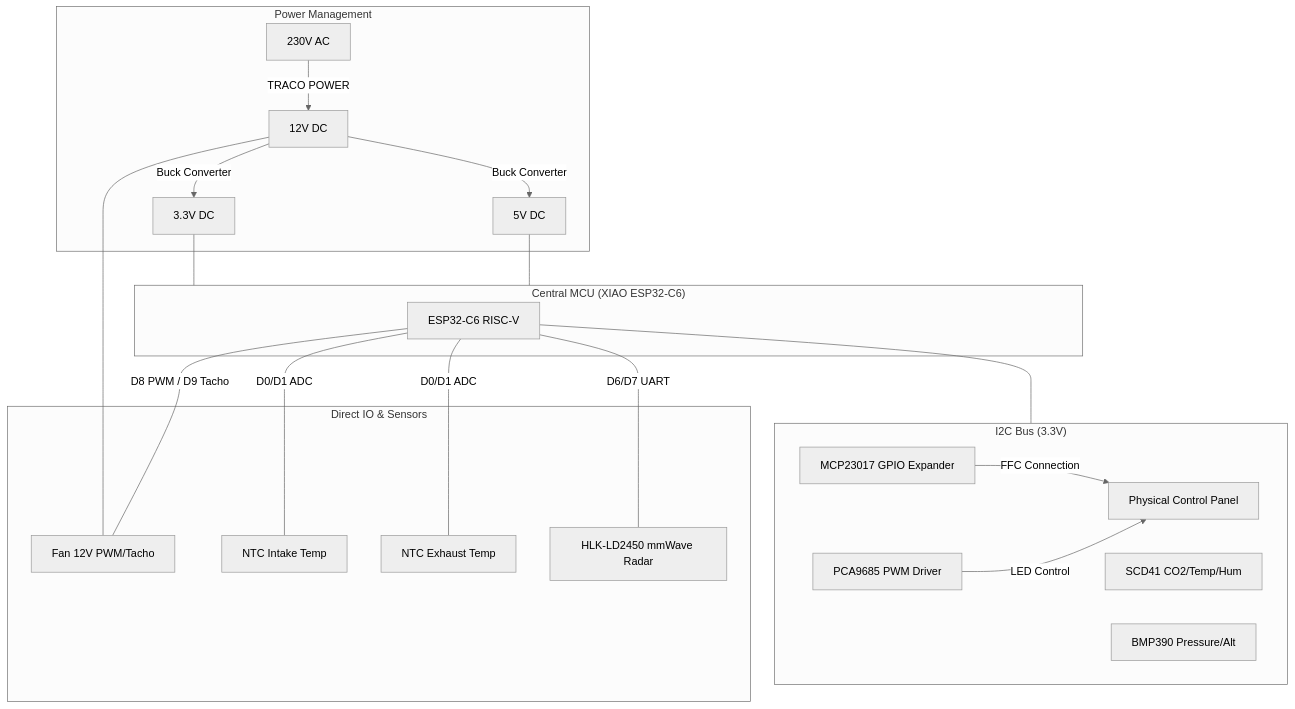
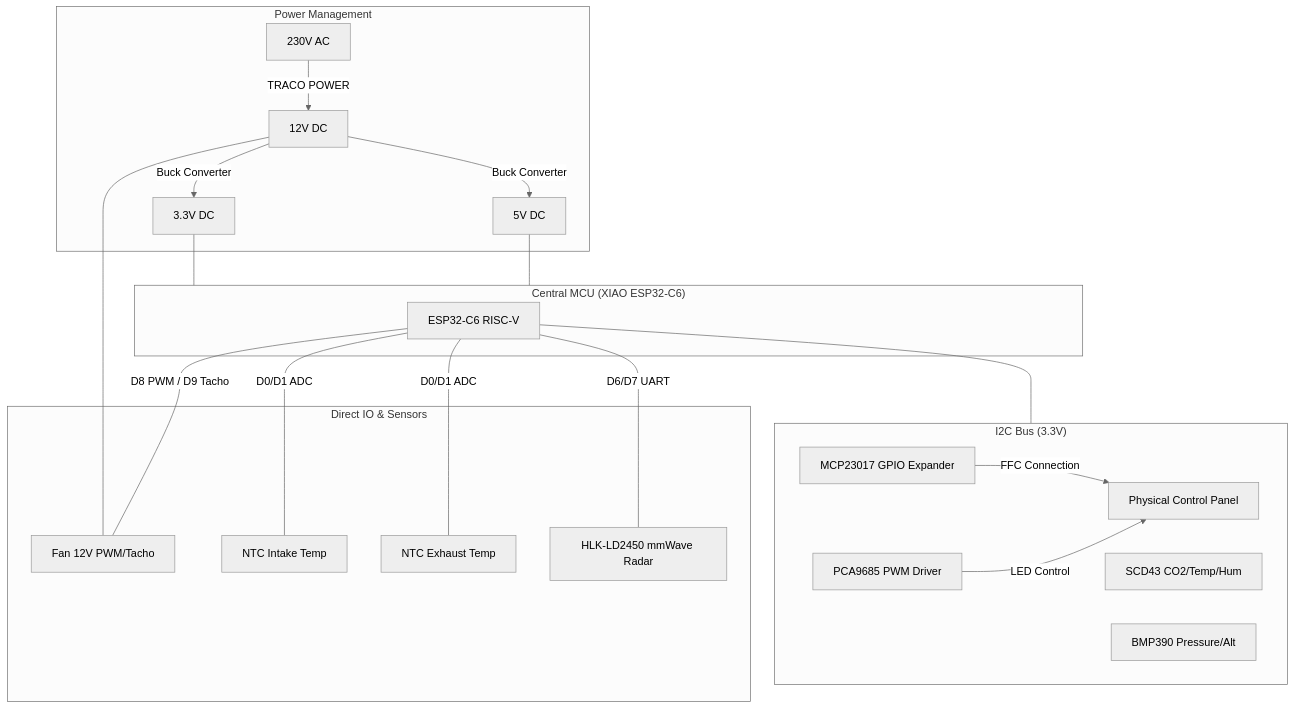
Before and after one commit to thomasengeroff-dotcom/ESPHome-Wohnraumlueftung: the first of 2 diagrams in documentation/en/en_system-architecture.md, drawn with Mermaid (neutral theme). The commit also changed other lines of this file and 29 other files, not shown here.

````diff
--- a/documentation/en/en_system-architecture.md
+++ b/documentation/en/en_system-architecture.md
@@ -12,36 +12,36 @@
 ```mermaid
 graph TB
     subgraph MCU ["Central MCU (XIAO ESP32-C6)"]
         ESP32[ESP32-C6 RISC-V]
     end
 
     subgraph I2C_Bus ["I2C Bus (3.3V)"]
         MCP[MCP23017 GPIO Expander] -->|FFC Connection| Panel[Physical Control Panel]
         PCA[PCA9685 PWM Driver] -->|LED Control| Panel
-        SCD[SCD41 CO2/Temp/Hum]
+        SCD[SCD43 CO2/Temp/Hum]
         BMP[BMP390 Pressure/Alt]
     end
 
     subgraph Direct_IO ["Direct IO & Sensors"]
         Fan[Fan 12V PWM/Tacho]
         NTC_In[NTC Intake Temp]
         NTC_Out[NTC Exhaust Temp]
         Radar[HLK-LD2450 mmWave Radar]
     end
 
     subgraph Power ["Power Management"]
         AC[230V AC] -->|TRACO POWER| 12V[12V DC]
         12V -->|Buck Converter| 5V[5V DC]
         12V -->|Buck Converter| 3V3[3.3V DC]
     end
 
     ESP32 --- I2C_Bus
     ESP32 ---|D8 PWM / D9 Tacho| Fan
     ESP32 ---|D0/D1 ADC| NTC_In
     ESP32 ---|D0/D1 ADC| NTC_Out
     ESP32 ---|D6/D7 UART| Radar
     
     5V --- MCU
     3V3 --- MCU
     12V --- Fan
 ```
````
